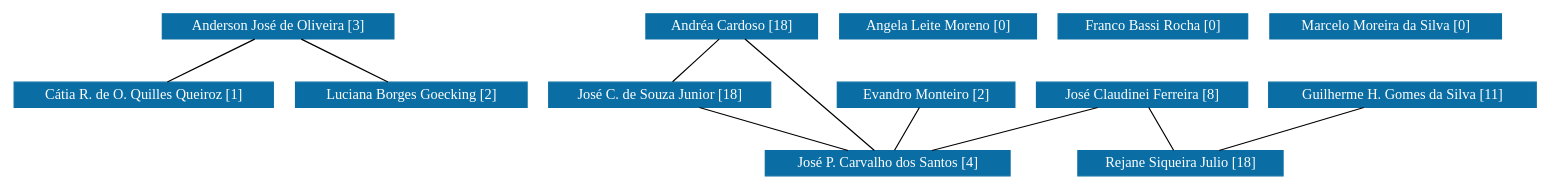
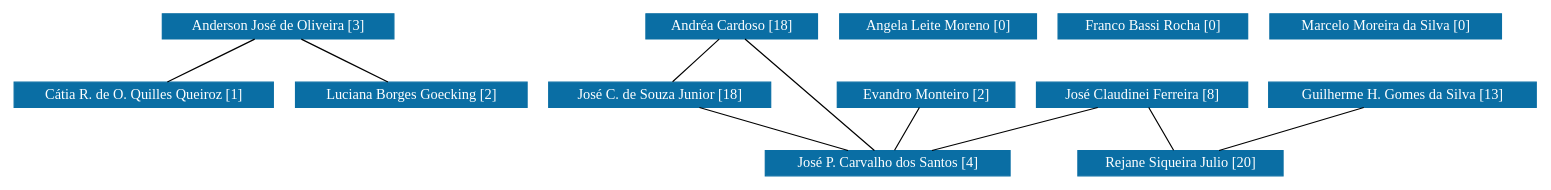
Before and after one commit to icamps/unifal-lattes.github.io: the diagram in dm/grafoDeColaboracoesSemPesos.dot, drawn with Graphviz. The commit also changed 846 other files, not shown here.

```diff
--- a/dm/grafoDeColaboracoesSemPesos.dot
+++ b/dm/grafoDeColaboracoesSemPesos.dot
@@ -1,111 +1,111 @@
 strict graph grafo1 {
 	graph [bb="0,0,1064,135",
 		id=grafo1,
 		overlap=False
 	];
 	node [fontsize=12,
 		label="\N",
 		shape=rectangle,
 		style=filled
 	];
 	0	 [URL="membro-1349156075777095.html",
 		color="#0A6EA4",
 		fontcolor="#FFFFFF",
 		height=0.29167,
 		label="Anderson José de Oliveira [3]",
 		pos="183.5,124.5",
 		width=2.1944];
 	3	 [URL="membro-0061488493893247.html",
 		color="#0A6EA4",
 		fontcolor="#FFFFFF",
 		height=0.29167,
 		label="Cátia R. de O. Quilles Queiroz [1]",
 		pos="89.5,67.5",
 		width=2.4861];
 	0 -- 3	 [pos="165.82,113.78 149.01,103.59 123.88,88.348 107.1,78.173"];
 	10	 [URL="membro-4139948635593421.html",
 		color="#0A6EA4",
 		fontcolor="#FFFFFF",
 		height=0.29167,
 		label="Luciana Borges Goecking [2]",
 		pos="276.5,67.5",
 		width=2.1944];
 	0 -- 10	 [pos="200.99,113.78 217.62,103.59 242.48,88.348 259.09,78.173"];
 	1	 [URL="membro-6016565950437007.html",
 		color="#0A6EA4",
 		fontcolor="#FFFFFF",
 		height=0.29167,
 		label="Andréa Cardoso [18]",
 		pos="501.5,124.5",
 		width=1.625];
 	7	 [URL="membro-1690570104837528.html",
 		color="#0A6EA4",
 		fontcolor="#FFFFFF",
 		height=0.29167,
 		label="José C. de Souza Junior [18]",
 		pos="449.5,67.5",
 		width=2.1111];
 	1 -- 7	 [pos="491.72,113.78 482.42,103.59 468.52,88.348 459.24,78.173"];
 	9	 [URL="membro-9393213180145144.html",
 		color="#0A6EA4",
 		fontcolor="#FFFFFF",
 		height=0.29167,
 		label="José P. Carvalho dos Santos [4]",
 		pos="614.5,10.5",
 		width=2.3056];
 	1 -- 9	 [pos="511.93,113.98 533.35,92.372 582.09,43.193 603.77,21.328"];
 	7 -- 9	 [pos="480.15,56.912 509.79,46.674 554.43,31.25 584.02,21.031"];
 	2	 [URL="membro-5106302431642025.html",
 		color="#0A6EA4",
 		fontcolor="#FFFFFF",
 		height=0.29167,
 		label="Angela Leite Moreno [0]",
 		pos="645.5,124.5",
 		width=1.875];
 	4	 [URL="membro-3089568911577519.html",
 		color="#0A6EA4",
 		fontcolor="#FFFFFF",
 		height=0.29167,
 		label="Evandro Monteiro [2]",
 		pos="641.5,67.5",
 		width=1.6667];
 	4 -- 9	 [pos="636.42,56.779 631.59,46.588 624.38,31.348 619.56,21.173"];
 	5	 [URL="membro-0165435409542220.html",
 		color="#0A6EA4",
 		fontcolor="#FFFFFF",
 		height=0.29167,
 		label="Franco Bassi Rocha [0]",
 		pos="795.5,124.5",
 		width=1.7778];
 	6	 [URL="membro-5817829882396943.html",
 		color="#0A6EA4",
 		fontcolor="#FFFFFF",
 		height=0.29167,
-		label="Guilherme H. Gomes da Silva [11]",
+		label="Guilherme H. Gomes da Silva [13]",
 		pos="972.5,67.5",
 		width=2.5417];
 	12	 [URL="membro-1798884495942862.html",
 		color="#0A6EA4",
 		fontcolor="#FFFFFF",
 		height=0.29167,
-		label="Rejane Siqueira Julio [18]",
+		label="Rejane Siqueira Julio [20]",
 		pos="818.5,10.5",
 		width=1.9306];
 	6 -- 12	 [pos="943.89,56.912 916.23,46.674 874.56,31.25 846.95,21.031"];
 	8	 [URL="membro-6808752952332925.html",
 		color="#0A6EA4",
 		fontcolor="#FFFFFF",
 		height=0.29167,
 		label="José Claudinei Ferreira [8]",
 		pos="791.5,67.5",
 		width=1.9861];
 	8 -- 9	 [pos="758.62,56.912 726.83,46.674 678.93,31.25 647.2,21.031"];
 	8 -- 12	 [pos="796.58,56.779 801.41,46.588 808.62,31.348 813.44,21.173"];
 	11	 [URL="membro-6715092420026095.html",
 		color="#0A6EA4",
 		fontcolor="#FFFFFF",
 		height=0.29167,
 		label="Marcelo Moreira da Silva [0]",
 		pos="954.5,124.5",
 		width=2.1389];
 }
```
